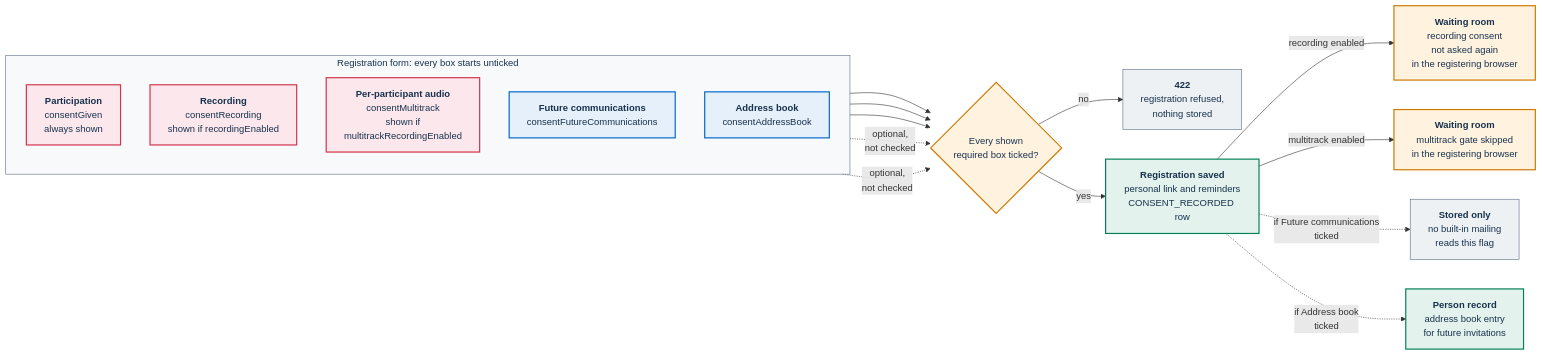
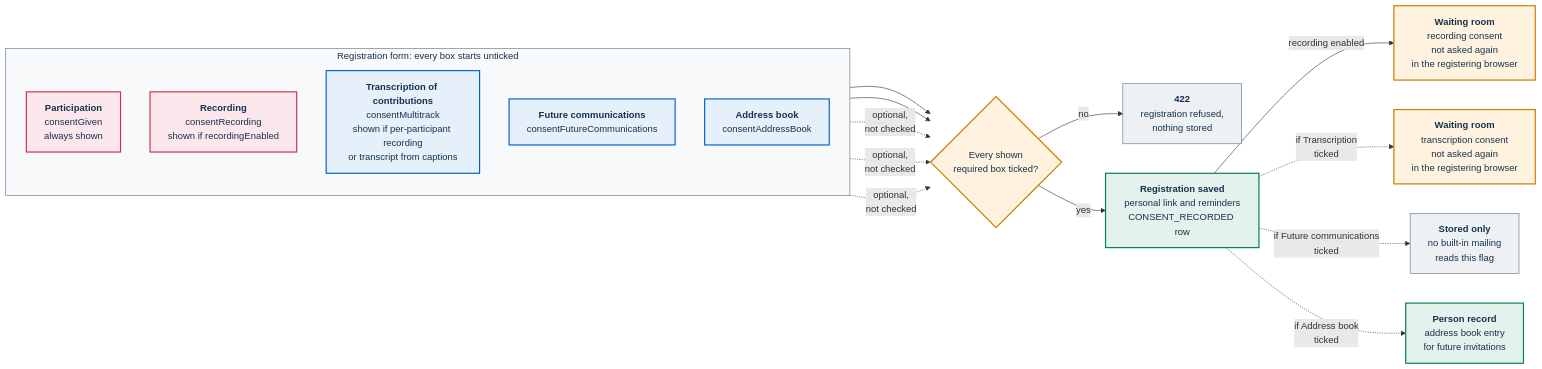
One commit to italia/pa-webinar changed the first of 3 diagrams in docs/GDPR.md. Above: the diagram before and after it, drawn with Mermaid. The commit also changed other lines of this file and 31 other files, not shown here.

First line of the commit message:
docs(captions): trascrizione dai sottotitoli, consenso per voce, privacy

````diff
--- a/docs/GDPR.md
+++ b/docs/GDPR.md
@@ -130,38 +133,38 @@
 ```mermaid
 flowchart LR
   classDef req fill:#FCE8EC,stroke:#D1344C,stroke-width:2px,color:#17324D
   classDef opt fill:#E6F0FA,stroke:#0066CC,stroke-width:2px,color:#17324D
   classDef gate fill:#FFF3E0,stroke:#CC7A00,stroke-width:2px,color:#17324D
   classDef data fill:#E3F2EC,stroke:#008055,stroke-width:2px,color:#17324D
   classDef ext fill:#EEF1F4,stroke:#5C6F82,stroke-width:1px,color:#17324D
 
   subgraph FORM["Registration form: every box starts unticked"]
     direction TB
     C1["<b>Participation</b><br/>consentGiven<br/>always shown"]:::req
     C2["<b>Recording</b><br/>consentRecording<br/>shown if recordingEnabled"]:::req
-    C3["<b>Per-participant audio</b><br/>consentMultitrack<br/>shown if<br/>multitrackRecordingEnabled"]:::req
+    C3["<b>Transcription of contributions</b><br/>consentMultitrack<br/>shown if per-participant recording<br/>or transcript from captions"]:::opt
     C4["<b>Future communications</b><br/>consentFutureCommunications"]:::opt
     C5["<b>Address book</b><br/>consentAddressBook"]:::opt
   end
   style FORM fill:#F7F9FB,stroke:#5C6F82,color:#17324D
 
   Q{"Every shown<br/>required box ticked?"}:::gate
   NO["<b>422</b><br/>registration refused,<br/>nothing stored"]:::ext
   G1["<b>Registration saved</b><br/>personal link and reminders<br/>CONSENT_RECORDED row"]:::data
   G2["<b>Waiting room</b><br/>recording consent<br/>not asked again<br/>in the registering browser"]:::gate
-  G3["<b>Waiting room</b><br/>multitrack gate skipped<br/>in the registering browser"]:::gate
+  G3["<b>Waiting room</b><br/>transcription consent<br/>not asked again<br/>in the registering browser"]:::gate
   G4["<b>Stored only</b><br/>no built-in mailing<br/>reads this flag"]:::ext
   G5["<b>Person record</b><br/>address book entry<br/>for future invitations"]:::data
 
   C1 --> Q
   C2 --> Q
-  C3 --> Q
+  C3 -.->|"optional,<br/>not checked"| Q
   C4 -.->|"optional,<br/>not checked"| Q
   C5 -.->|"optional,<br/>not checked"| Q
   Q -->|"no"| NO
   Q -->|"yes"| G1
   G1 -->|"recording enabled"| G2
-  G1 -->|"multitrack enabled"| G3
+  G1 -.->|"if Transcription<br/>ticked"| G3
   G1 -.->|"if Future communications<br/>ticked"| G4
   G1 -.->|"if Address book<br/>ticked"| G5
 ```
````
